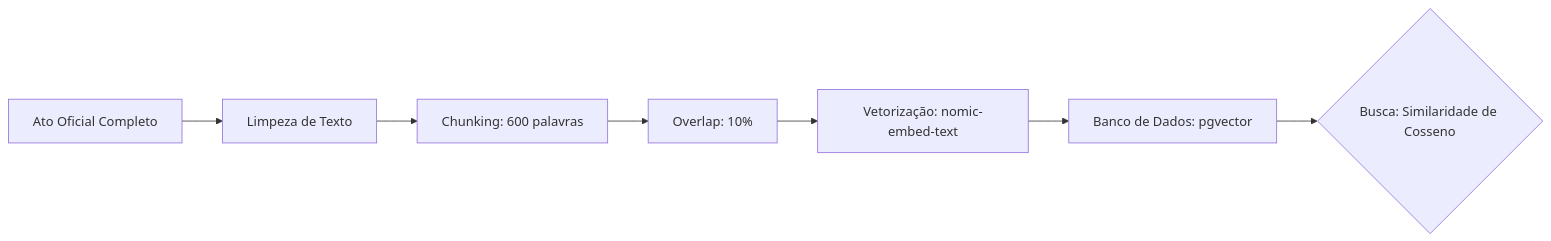
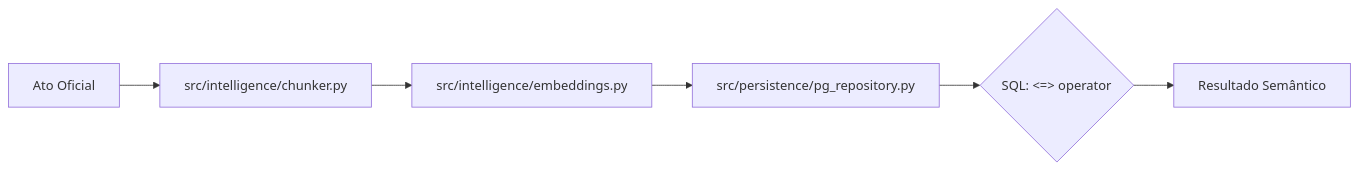
Before and after one commit to manoel-roberto/lab_scrapy: the diagram in docs/03-arquitetura-rag-e-vetores.md, drawn with Mermaid. The commit also changed other lines of this file and 4 other files, not shown here.

````diff
--- a/docs/03-arquitetura-rag-e-vetores.md
+++ b/docs/03-arquitetura-rag-e-vetores.md
@@ -44,9 +44,8 @@
 ```mermaid
 graph LR
-    A[Ato Oficial Completo] --> B[Limpeza de Texto]
-    B --> C[Chunking: 600 palavras]
-    C --> D[Overlap: 10%]
-    D --> E[Vetorização: nomic-embed-text]
-    E --> F[Banco de Dados: pgvector]
-    F --> G{Busca: Similaridade de Cosseno}
+    A[Ato Oficial] --> B[src/intelligence/chunker.py]
+    B --> C[src/intelligence/embeddings.py]
+    C --> D[src/persistence/pg_repository.py]
+    D --> E{SQL: <=> operator}
+    E --> F[Resultado Semântico]
 ```
````
